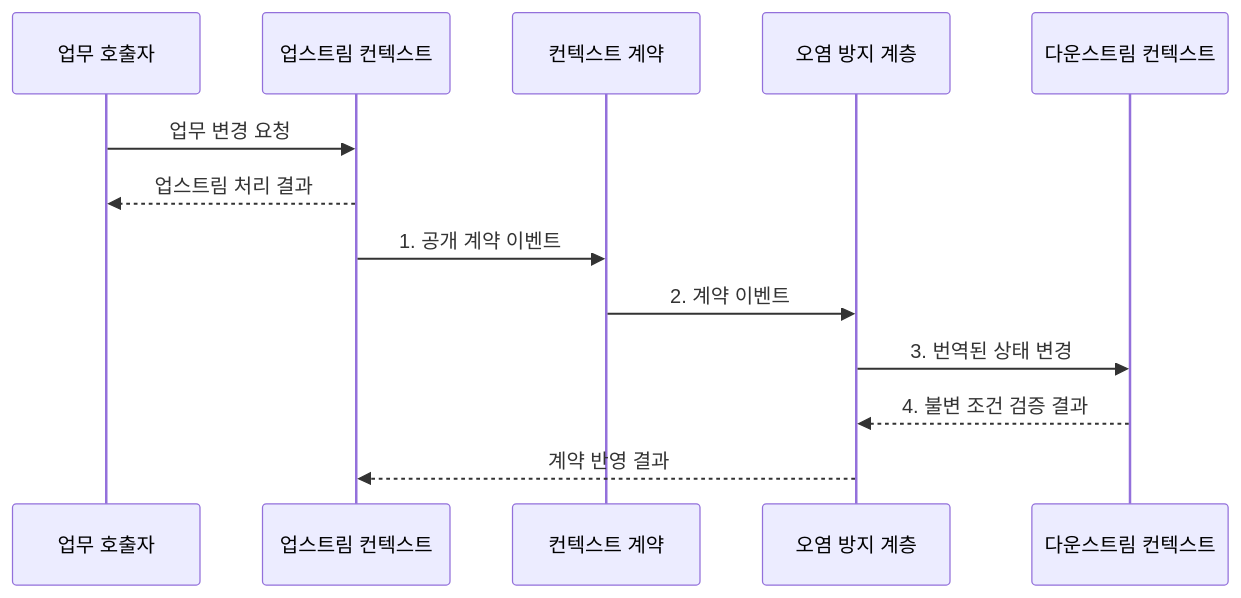
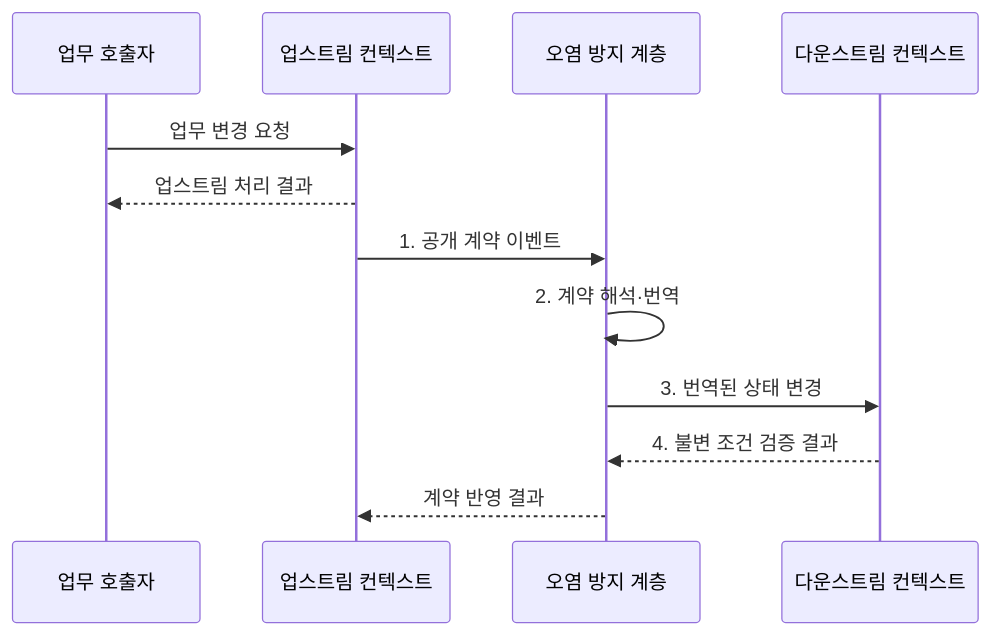
Before and after one commit to agnusdei1207/knowledge-base: the second of 2 diagrams in src/content/docs/notes/03-software/050_bounded_context.md, drawn with Mermaid. The commit also changed other lines of this file and 7 other files, not shown here.

Commit message:
Reduce software delivery diagram actors

````diff
--- a/src/content/docs/notes/03-software/050_bounded_context.md
+++ b/src/content/docs/notes/03-software/050_bounded_context.md
@@ -102,15 +102,14 @@
 ```mermaid
 sequenceDiagram
     participant A as 업무 호출자
     participant U as 업스트림 컨텍스트
-    participant C as 컨텍스트 계약
     participant L as 오염 방지 계층
     participant D as 다운스트림 컨텍스트
     A->>U: 업무 변경 요청
     U-->>A: 업스트림 처리 결과
-    U->>C: 1. 공개 계약 이벤트
-    C->>L: 2. 계약 이벤트
+    U->>L: 1. 공개 계약 이벤트
+    L->>L: 2. 계약 해석·번역
     L->>D: 3. 번역된 상태 변경
     D-->>L: 4. 불변 조건 검증 결과
     L-->>U: 계약 반영 결과
 ```
````
